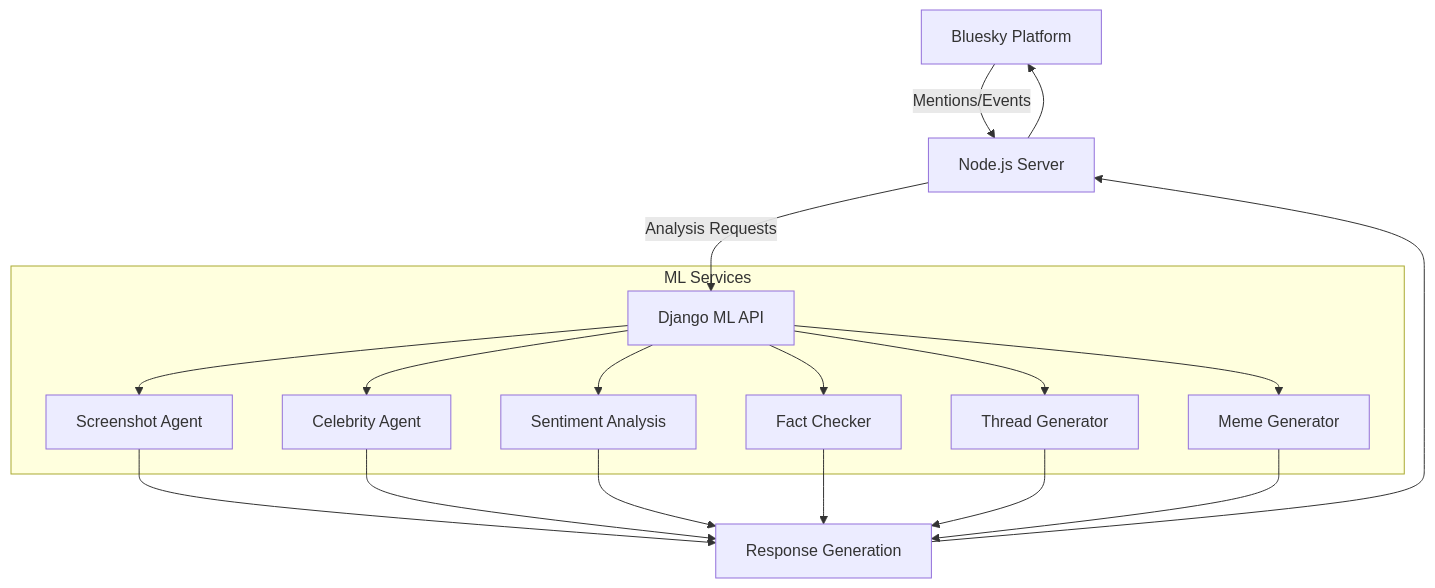
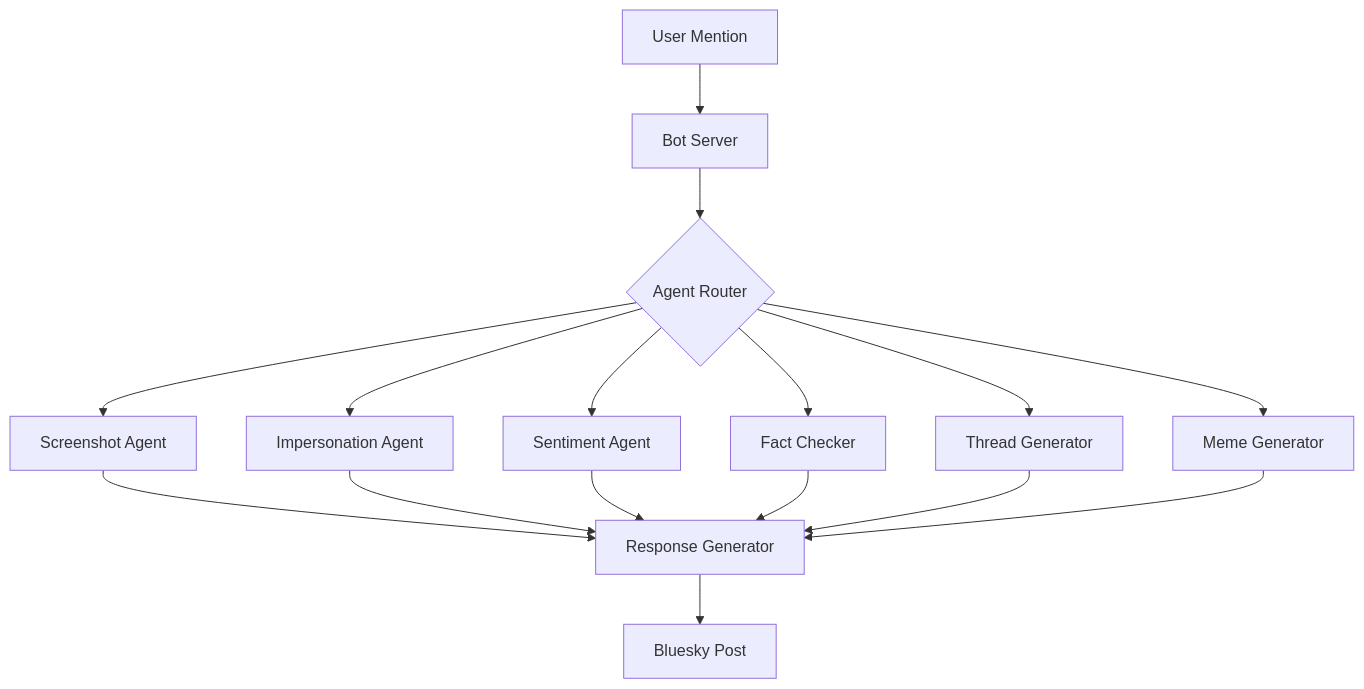
One commit to vvinayakkk/100x-Gen-AI-buildathon changed the first of 2 diagrams in proposal.md. Above: the diagram before and after it, drawn with Mermaid. The commit also changed other lines of this file and 2 other files, not shown here.

````diff
--- a/proposal.md
+++ b/proposal.md
@@ -4,24 +17,13 @@
 ```mermaid
 graph TB
-    A[Bluesky Platform] -- "Mentions/Events" --> B[Node.js Server]
-    B -- "Analysis Requests" --> C[Django ML API]
-    
-    subgraph "ML Services"
-        C --> D[Screenshot Agent]
-        C --> E[Celebrity Agent]
-        C --> F[Sentiment Analysis]
-        C --> G[Fact Checker]
-        C --> H[Thread Generator]
-        C --> I[Meme Generator]
-    end
-    
-    D --> J[Response Generation]
-    E --> J
-    F --> J
-    G --> J
-    H --> J
-    I --> J
-    
-    J --> B
-    B --> A
+    A[User Mention] --> B[Bot Server]
+    B --> C{Agent Router}
+    C --> D[Screenshot Agent]
+    C --> E[Impersonation Agent]
+    C --> F[Sentiment Agent]
+    C --> G[Fact Checker]
+    C --> H[Thread Generator]
+    C --> I[Meme Generator]
+    D & E & F & G & H & I --> J[Response Generator]
+    J --> K[Bluesky Post]
 ```
````
